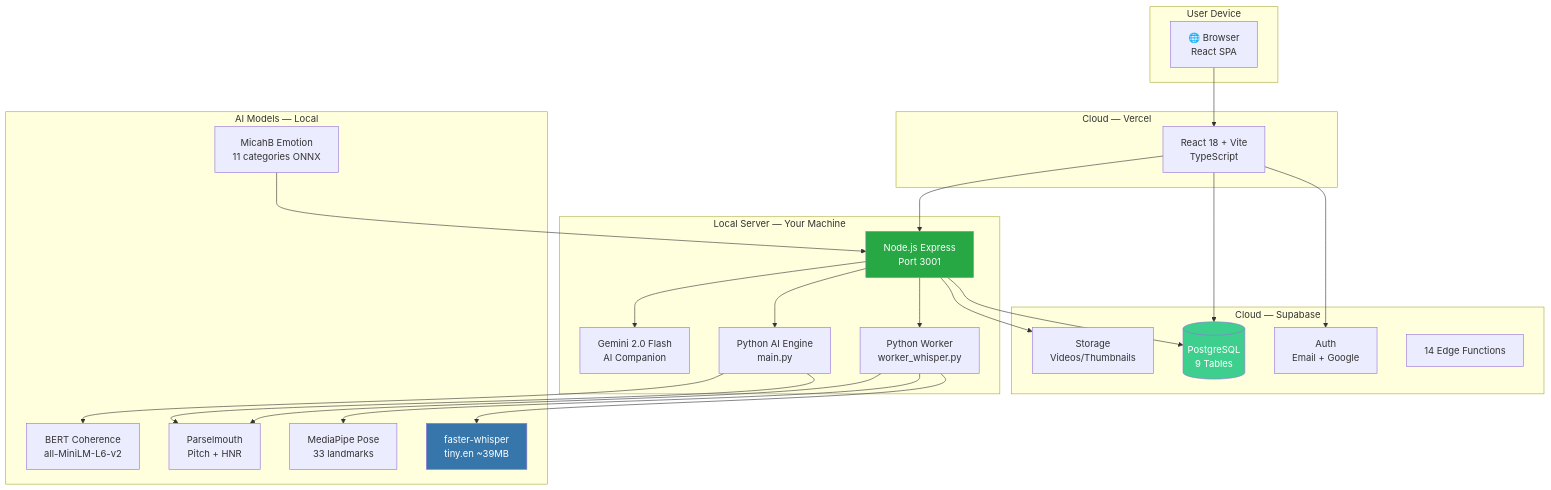
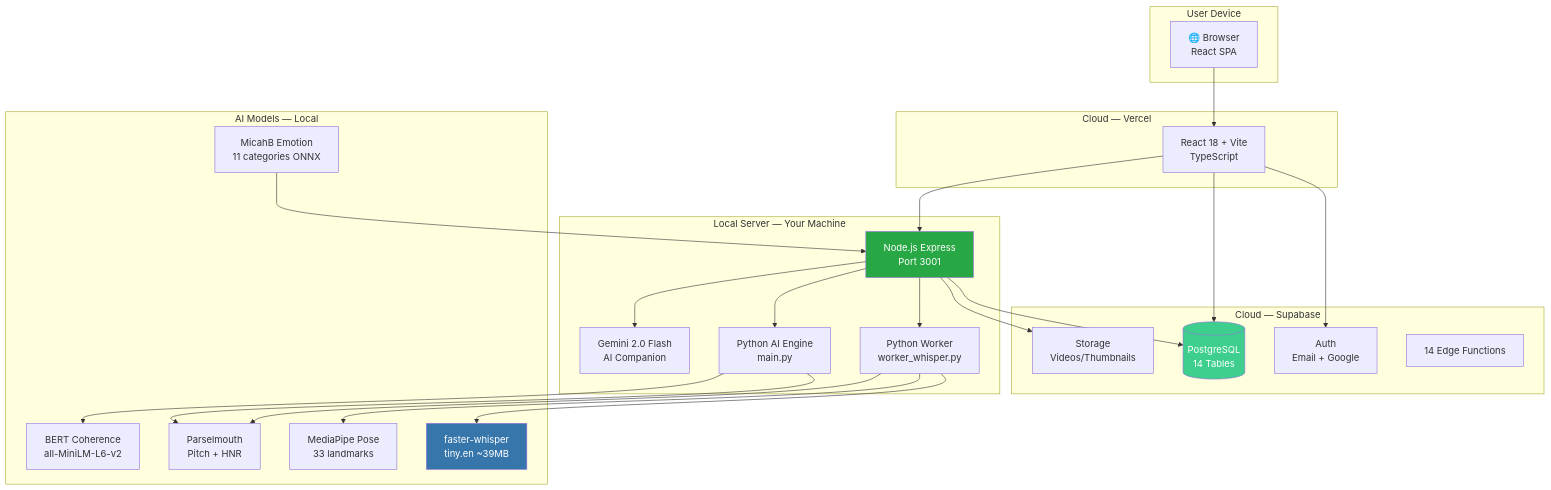
One commit to yashmagar01/The-Future-You changed the third of 18 diagrams in README.md. Above: the diagram before and after it, drawn with Mermaid. The commit also changed other lines of this file and 1 other file, not shown here.

````diff
--- a/README.md
+++ b/README.md
@@ -143,46 +127,46 @@
 ```mermaid
 graph TB
     subgraph "User Device"
         A[🌐 Browser\nReact SPA]
     end
 
     subgraph "Cloud — Vercel"
         B[React 18 + Vite\nTypeScript]
     end
 
     subgraph "Cloud — Supabase"
-        C[(PostgreSQL\n9 Tables)]
+        C[(PostgreSQL\n14 Tables)]
         D[Storage\nVideos/Thumbnails]
         E[Auth\nEmail + Google]
         F[14 Edge Functions]
     end
 
     subgraph "Local Server — Your Machine"
         G[Node.js Express\nPort 3001]
         H[Python Worker\nworker_whisper.py]
         I[Python AI Engine\nmain.py]
         J[Gemini 2.0 Flash\nAI Companion]
     end
 
     subgraph "AI Models — Local"
         K[faster-whisper\ntiny.en ~39MB]
         L[MediaPipe Pose\n33 landmarks]
         M[Parselmouth\nPitch + HNR]
         N[BERT Coherence\nall-MiniLM-L6-v2]
         O[MicahB Emotion\n11 categories ONNX]
     end
 
     A --> B
     B --> E
     B --> C
     B --> G
     G --> C & D
     G --> H --> K & L & M
     G --> I --> M & N
     G --> J
     O --> G
 
     style G fill:#28a745,color:white
     style C fill:#3ecf8e,color:white
     style K fill:#3776ab,color:white
 ```
````
